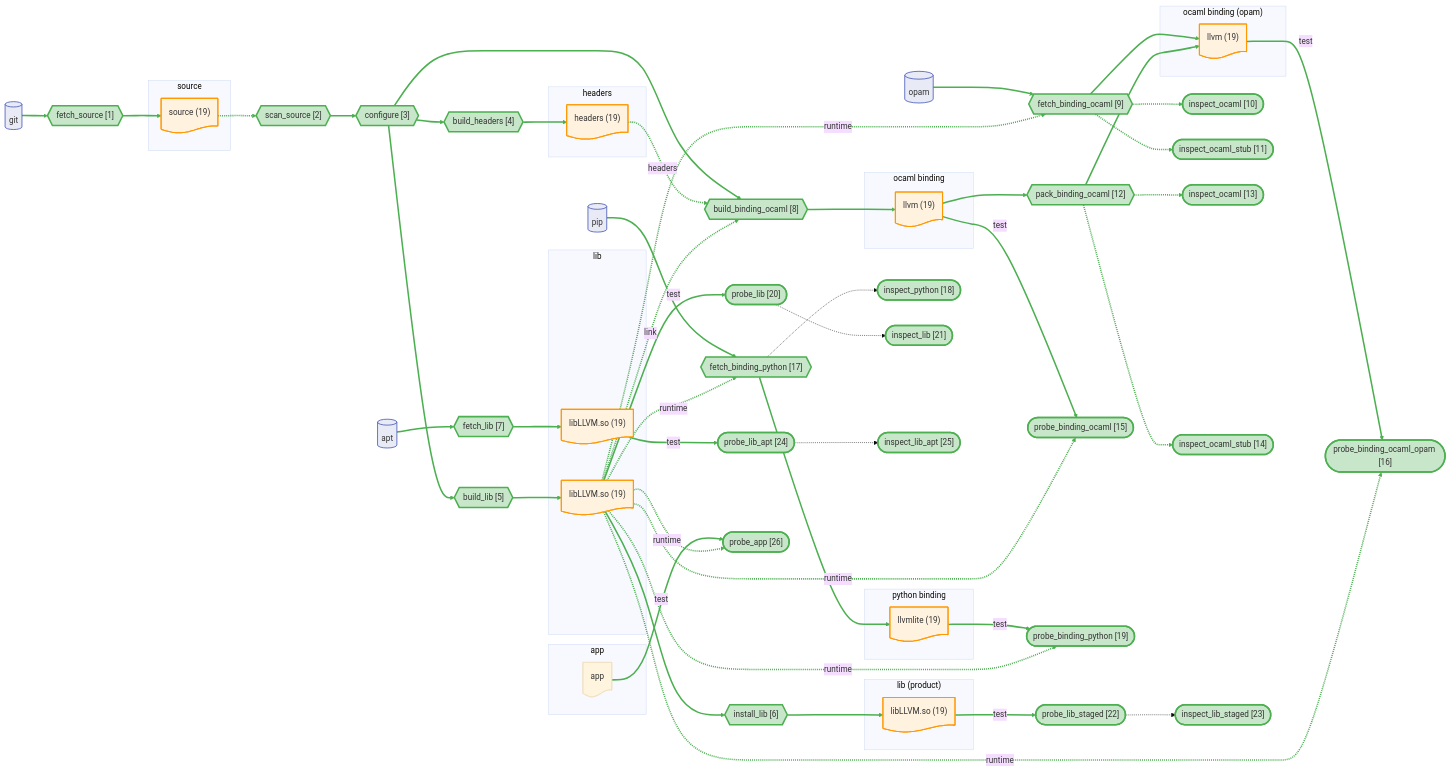
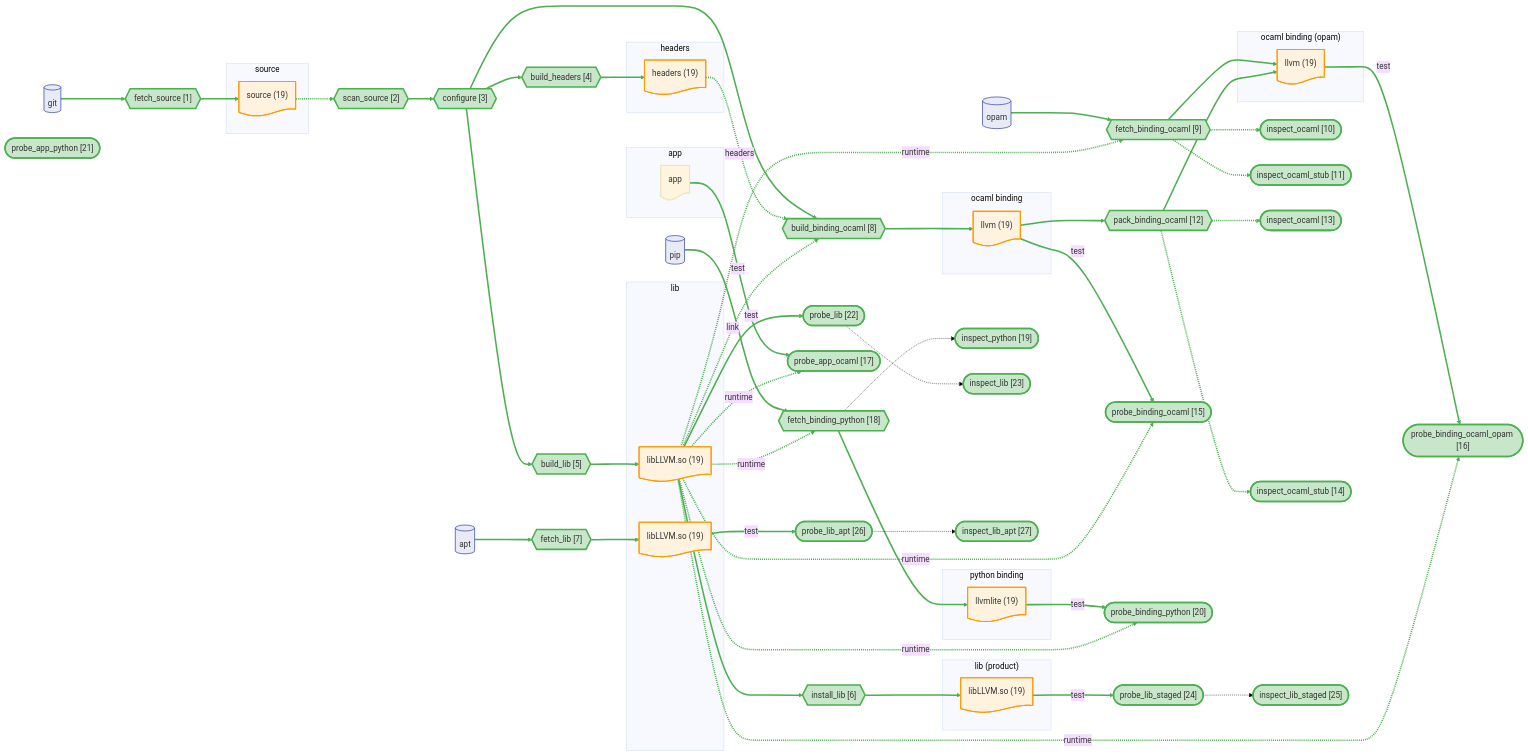
The diagram in docs/canary/projects/llvm/-run/diagrams/full.mmd (JHU-PL-Lab/tola), drawn with Mermaid (base theme) before and after one commit. The commit also changed 888 other files, not shown here.

```diff
--- a/docs/canary/projects/llvm/-run/diagrams/full.mmd
+++ b/docs/canary/projects/llvm/-run/diagrams/full.mmd
@@ -1,178 +1,180 @@
 %% view: full
 graph LR
     subgraph source_sg ["source"]
       source_node@{ shape: doc, label: "source (19)" }
     end
     subgraph headers_sg ["headers"]
       headers_node@{ shape: doc, label: "headers (19)" }
     end
     subgraph lib_input_sg ["lib"]
       lib_build_tree_node@{ shape: doc, label: "libLLVM.so (19)" }
       lib_apt_node@{ shape: doc, label: "libLLVM.so (19)" }
     end
     subgraph lib_product_sg ["lib (product)"]
       lib_staged_node@{ shape: doc, label: "libLLVM.so (19)" }
     end
     subgraph ocaml_binding_input_sg ["ocaml binding"]
       ocaml_binding_build_tree_node@{ shape: doc, label: "llvm (19)" }
     end
     subgraph ocaml_binding_product_sg ["ocaml binding (opam)"]
       ocaml_binding_opam_node@{ shape: doc, label: "llvm (19)" }
     end
     subgraph python_binding_sg ["python binding"]
       python_binding_node@{ shape: doc, label: "llvmlite (19)" }
     end
     subgraph app_sg ["app"]
       app_node@{ shape: doc, label: "app" }
     end
 
     apt_store@{ shape: cyl, label: "apt" }
     git_store@{ shape: cyl, label: "git" }
     opam_store@{ shape: cyl, label: "opam" }
     pip_store@{ shape: cyl, label: "pip" }
 
     A_scan_source{{"scan_source [2]"}}
     A_configure{{"configure [3]"}}
     A_fetch_source{{"fetch_source [1]"}}
     A_fetch_lib{{"fetch_lib [7]"}}
     A_fetch_binding_ocaml{{"fetch_binding_ocaml [9]"}}
-    A_fetch_binding_python{{"fetch_binding_python [17]"}}
+    A_fetch_binding_python{{"fetch_binding_python [18]"}}
     A_build_headers{{"build_headers [4]"}}
     A_build_lib{{"build_lib [5]"}}
     A_install_lib{{"install_lib [6]"}}
     A_build_binding_ocaml{{"build_binding_ocaml [8]"}}
     A_fetch_binding_ocaml_inspect(["inspect_ocaml [10]"])
     A_fetch_binding_ocaml_stub_inspect(["inspect_ocaml_stub [11]"])
     A_pack_binding_ocaml{{"pack_binding_ocaml [12]"}}
     A_pack_binding_ocaml_inspect(["inspect_ocaml [13]"])
     A_pack_binding_ocaml_stub_inspect(["inspect_ocaml_stub [14]"])
     A_probe_binding_ocaml(["probe_binding_ocaml [15]"])
     A_probe_binding_ocaml_opam(["probe_binding_ocaml_opam [16]"])
-    A_fetch_binding_python_inspect(["inspect_python [18]"])
-    A_probe_binding_python(["probe_binding_python [19]"])
-    A_probe_lib(["probe_lib [20]"])
-    A_probe_lib_inspect(["inspect_lib [21]"])
-    A_probe_lib_staged(["probe_lib_staged [22]"])
-    A_probe_lib_staged_inspect(["inspect_lib_staged [23]"])
-    A_probe_lib_apt(["probe_lib_apt [24]"])
-    A_probe_lib_apt_inspect(["inspect_lib_apt [25]"])
-    A_probe_app(["probe_app [26]"])
+    A_probe_app_ocaml(["probe_app_ocaml [17]"])
+    A_fetch_binding_python_inspect(["inspect_python [19]"])
+    A_probe_binding_python(["probe_binding_python [20]"])
+    A_probe_app_python(["probe_app_python [21]"])
+    A_probe_lib(["probe_lib [22]"])
+    A_probe_lib_inspect(["inspect_lib [23]"])
+    A_probe_lib_staged(["probe_lib_staged [24]"])
+    A_probe_lib_staged_inspect(["inspect_lib_staged [25]"])
+    A_probe_lib_apt(["probe_lib_apt [26]"])
+    A_probe_lib_apt_inspect(["inspect_lib_apt [27]"])
 
     git_store --> A_fetch_source --> source_node
     source_node -.-> A_scan_source
     A_scan_source --> A_configure
     A_configure --> A_build_headers
     A_build_headers --> headers_node
     A_configure --> A_build_lib
     A_build_lib --> lib_build_tree_node
     lib_build_tree_node --> A_install_lib
     A_install_lib --> lib_staged_node
     apt_store --> A_fetch_lib --> lib_apt_node
     lib_build_tree_node -->|test| A_probe_lib
     lib_staged_node -->|test| A_probe_lib_staged
     lib_apt_node -->|test| A_probe_lib_apt
     A_configure --> A_build_binding_ocaml
     headers_node -.->|headers| A_build_binding_ocaml
     lib_build_tree_node -.->|link| A_build_binding_ocaml
     A_build_binding_ocaml --> ocaml_binding_build_tree_node
     opam_store --> A_fetch_binding_ocaml --> ocaml_binding_opam_node
     lib_build_tree_node -.->|runtime| A_fetch_binding_ocaml
     ocaml_binding_build_tree_node --> A_pack_binding_ocaml
     A_pack_binding_ocaml --> ocaml_binding_opam_node
     ocaml_binding_build_tree_node -->|test| A_probe_binding_ocaml
     lib_build_tree_node -.->|runtime| A_probe_binding_ocaml
     ocaml_binding_opam_node -->|test| A_probe_binding_ocaml_opam
     lib_build_tree_node -.->|runtime| A_probe_binding_ocaml_opam
     pip_store --> A_fetch_binding_python --> python_binding_node
     lib_build_tree_node -.->|runtime| A_fetch_binding_python
     python_binding_node -->|test| A_probe_binding_python
     lib_build_tree_node -.->|runtime| A_probe_binding_python
-    app_node -->|test| A_probe_app
-    lib_build_tree_node -.->|runtime| A_probe_app
+    app_node -->|test| A_probe_app_ocaml
+    lib_build_tree_node -.->|runtime| A_probe_app_ocaml
     A_fetch_binding_ocaml -.-> A_fetch_binding_ocaml_inspect
     A_fetch_binding_ocaml -.-> A_fetch_binding_ocaml_stub_inspect
     A_pack_binding_ocaml -.-> A_pack_binding_ocaml_inspect
     A_pack_binding_ocaml -.-> A_pack_binding_ocaml_stub_inspect
     A_fetch_binding_python -.-> A_fetch_binding_python_inspect
     A_probe_lib -.-> A_probe_lib_inspect
     A_probe_lib_staged -.-> A_probe_lib_staged_inspect
     A_probe_lib_apt -.-> A_probe_lib_apt_inspect
 
     classDef artifact fill:#fff3e0,stroke:#ff9800,stroke-width:2px
     classDef store fill:#e8eaf6,stroke:#3f51b5,stroke-width:1.5px
     classDef st_done fill:#c8e6c9,stroke:#4caf50,stroke-width:3px
     classDef st_done_ctx fill:#e8f5e9,stroke:#a5d6a7,stroke-width:1.5px
     classDef st_expected_fail fill:#fff9c4,stroke:#f9a825,stroke-width:2px
     classDef st_failed fill:#ffcdd2,stroke:#c62828,stroke-width:2px
     classDef st_skipped fill:#f5f5f5,stroke:#9e9e9e,stroke-dasharray:5
     classDef st_nospec fill:#fafafa,stroke:#bdbdbd,stroke-dasharray:5
     class source_node,headers_node,lib_build_tree_node,lib_staged_node,lib_apt_node,ocaml_binding_build_tree_node,ocaml_binding_opam_node,python_binding_node artifact
     class apt_store store
     class git_store store
     class opam_store store
     class pip_store store
     class A_fetch_source st_done
     class A_scan_source st_done
     class A_configure st_done
     class A_build_headers st_done
     class A_build_lib st_done
     class A_install_lib st_done
     class A_fetch_lib st_done
     class A_build_binding_ocaml st_done
     class A_fetch_binding_ocaml st_done
     class A_fetch_binding_ocaml_inspect st_done
     class A_fetch_binding_ocaml_stub_inspect st_done
     class A_pack_binding_ocaml st_done
     class A_pack_binding_ocaml_inspect st_done
     class A_pack_binding_ocaml_stub_inspect st_done
     class A_probe_binding_ocaml st_done
     class A_probe_binding_ocaml_opam st_done
+    class A_probe_app_ocaml st_done
     class A_fetch_binding_python st_done
     class A_fetch_binding_python_inspect st_done
     class A_probe_binding_python st_done
+    class A_probe_app_python st_done
     class A_probe_lib st_done
     class A_probe_lib_inspect st_done
     class A_probe_lib_staged st_done
     class A_probe_lib_staged_inspect st_done
     class A_probe_lib_apt st_done
     class A_probe_lib_apt_inspect st_done
-    class A_probe_app st_done
     linkStyle 0 stroke:#4caf50,stroke-width:3px
     linkStyle 1 stroke:#4caf50,stroke-width:3px
     linkStyle 2 stroke:#4caf50,stroke-width:3px
     linkStyle 3 stroke:#4caf50,stroke-width:3px
     linkStyle 4 stroke:#4caf50,stroke-width:3px
     linkStyle 5 stroke:#4caf50,stroke-width:3px
     linkStyle 6 stroke:#4caf50,stroke-width:3px
     linkStyle 7 stroke:#4caf50,stroke-width:3px
     linkStyle 8 stroke:#4caf50,stroke-width:3px
     linkStyle 9 stroke:#4caf50,stroke-width:3px
     linkStyle 10 stroke:#4caf50,stroke-width:3px
     linkStyle 11 stroke:#4caf50,stroke-width:3px
     linkStyle 12 stroke:#4caf50,stroke-width:3px
     linkStyle 13 stroke:#4caf50,stroke-width:3px
     linkStyle 14 stroke:#4caf50,stroke-width:3px
     linkStyle 15 stroke:#4caf50,stroke-width:3px
     linkStyle 16 stroke:#4caf50,stroke-width:3px
     linkStyle 17 stroke:#4caf50,stroke-width:3px
     linkStyle 18 stroke:#4caf50,stroke-width:3px
     linkStyle 19 stroke:#4caf50,stroke-width:3px
     linkStyle 20 stroke:#4caf50,stroke-width:3px
     linkStyle 21 stroke:#4caf50,stroke-width:3px
     linkStyle 22 stroke:#4caf50,stroke-width:3px
     linkStyle 23 stroke:#4caf50,stroke-width:3px
     linkStyle 24 stroke:#4caf50,stroke-width:3px
     linkStyle 25 stroke:#4caf50,stroke-width:3px
     linkStyle 26 stroke:#4caf50,stroke-width:3px
     linkStyle 27 stroke:#4caf50,stroke-width:3px
     linkStyle 28 stroke:#4caf50,stroke-width:3px
     linkStyle 29 stroke:#4caf50,stroke-width:3px
     linkStyle 30 stroke:#4caf50,stroke-width:3px
     linkStyle 31 stroke:#4caf50,stroke-width:3px
     linkStyle 32 stroke:#4caf50,stroke-width:3px
     linkStyle 33 stroke:#4caf50,stroke-width:3px
     linkStyle 34 stroke:#4caf50,stroke-width:3px
     linkStyle 35 stroke:#4caf50,stroke-width:3px
     linkStyle 36 stroke:#4caf50,stroke-width:3px
     linkStyle 37 stroke:#4caf50,stroke-width:3px
     linkStyle 38 stroke:#4caf50,stroke-width:3px
```
